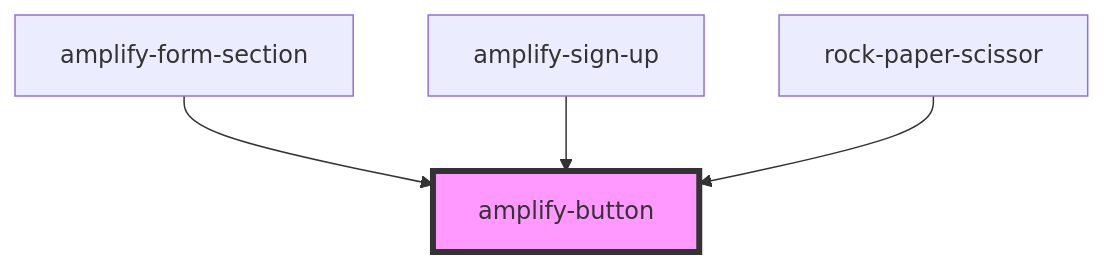
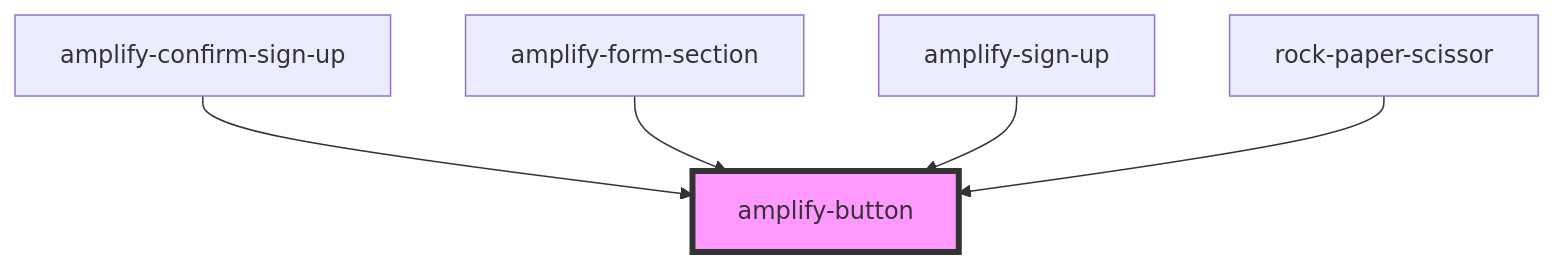
The diagram in packages/amplify-ui-components/src/components/amplify-button/readme.md (aws-amplify/amplify-js), drawn with Mermaid before and after one commit. The commit also changed other lines of this file and 13 other files, not shown here.

Commit message:
First intial commit for confirm Sign up

````diff
--- a/packages/amplify-ui-components/src/components/amplify-button/readme.md
+++ b/packages/amplify-ui-components/src/components/amplify-button/readme.md
@@ -26,7 +27,8 @@
 ```mermaid
 graph TD;
+  amplify-confirm-sign-up --> amplify-button
   amplify-form-section --> amplify-button
   amplify-sign-up --> amplify-button
   rock-paper-scissor --> amplify-button
   style amplify-button fill:#f9f,stroke:#333,stroke-width:4px
 ```
````
